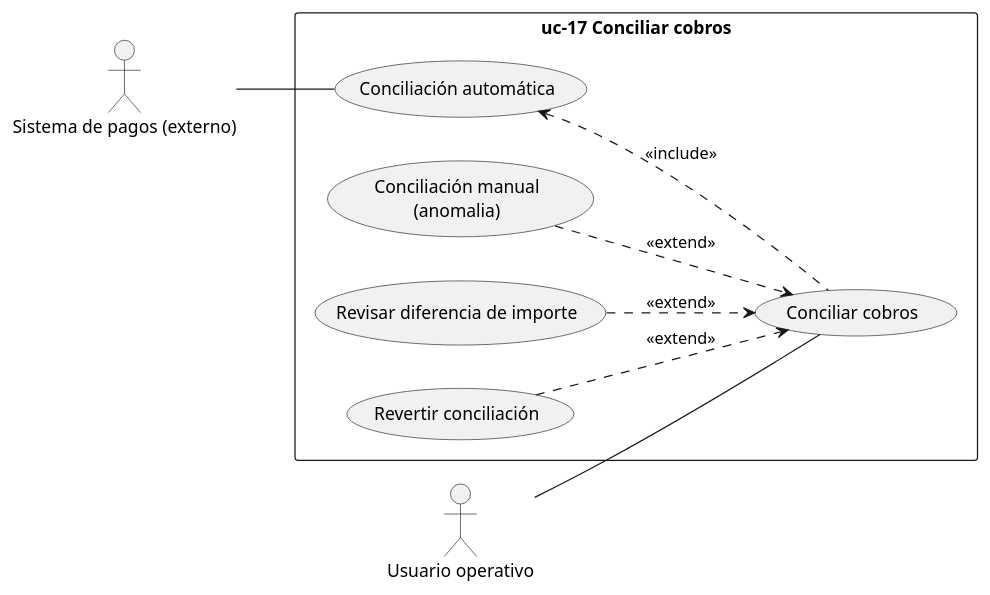
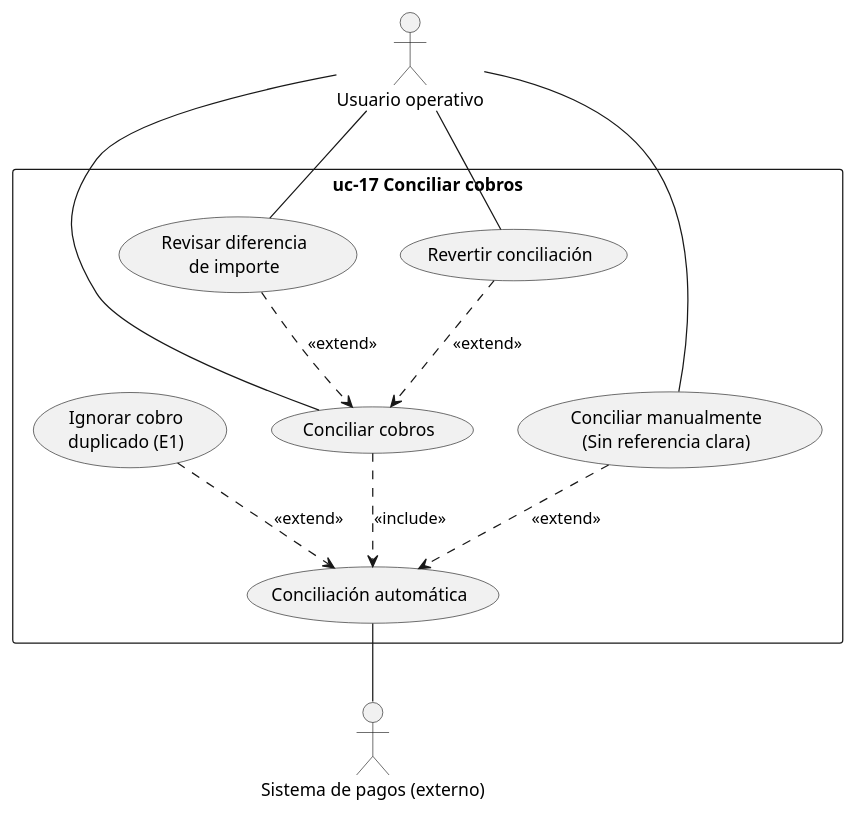
One commit to pablorv3/Hienitas-ADAP changed the diagram in doc/src/casos-uso/uc-17-conciliar-cobros.pu. Above: the diagram before and after it, drawn with PlantUML. The commit also changed 3 other files, not shown here.

Commit message:
uml diagram user case fixes

```diff
--- a/doc/src/casos-uso/uc-17-conciliar-cobros.pu
+++ b/doc/src/casos-uso/uc-17-conciliar-cobros.pu
@@ -1,23 +1,34 @@
 @startuml uc-17
-left to right direction
 
+actor "Usuario operativo" as UO
 actor "Sistema de pagos (externo)" as SP
-actor "Usuario operativo" as UO
 
 rectangle "uc-17 Conciliar cobros" {
-  usecase "Conciliar cobros" as UC17
-  usecase "Conciliación automática" as Auto
-  usecase "Conciliación manual\n(anomalia)" as Manual
-  usecase "Revisar diferencia de importe" as RevDiff
-  usecase "Revertir conciliación" as Revert
+    usecase "Conciliar cobros" as UC_Base
+    usecase "Conciliación automática" as UC_Auto
+    
+    usecase "Conciliar manualmente\n(Sin referencia clara)" as UC_Manual
+    usecase "Revisar diferencia\nde importe" as UC_Dif
+    usecase "Revertir conciliación" as UC_Rev
+    usecase "Ignorar cobro\nduplicado (E1)" as UC_Dup
+}
 
+' Flujo Principal e Includes
+UO -- UC_Base
+UC_Auto -- SP
+UC_Base ..> UC_Auto : <<include>>
 
-  SP -- Auto
-  UO -- UC17 
+' Flujos Alternativos (A1, A3) hacia el Caso Base
+UC_Dif ..> UC_Base : <<extend>>
+UC_Rev ..> UC_Base : <<extend>>
 
-  Auto <.. UC17 : <<include>>
-  Manual ..> UC17 : <<extend>>
-  RevDiff ..> UC17 : <<extend>>
-  Revert ..> UC17 : <<extend>>
-}
+' Flujos Alternativos (A2, E1) hacia la Conciliación Automática
+UC_Manual ..> UC_Auto : <<extend>>
+UC_Dup ..> UC_Auto : <<extend>>
+
+' Interacciones del usuario operativo con las extensiones
+UO -- UC_Manual
+UO -- UC_Dif
+UO -- UC_Rev
+
 @enduml
```
